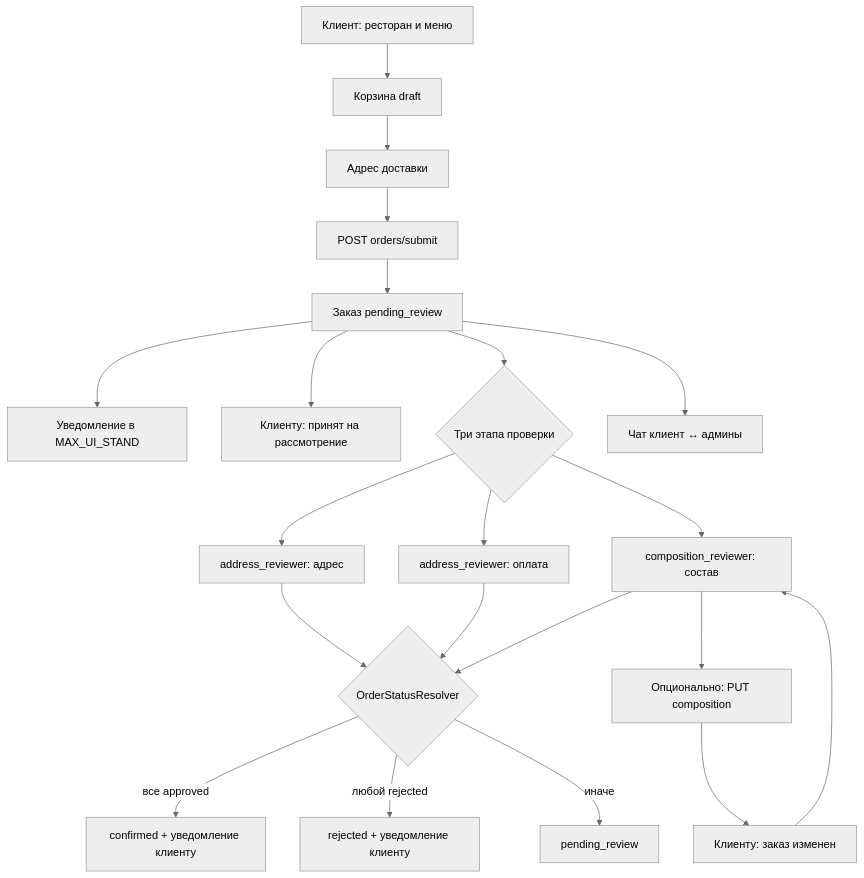
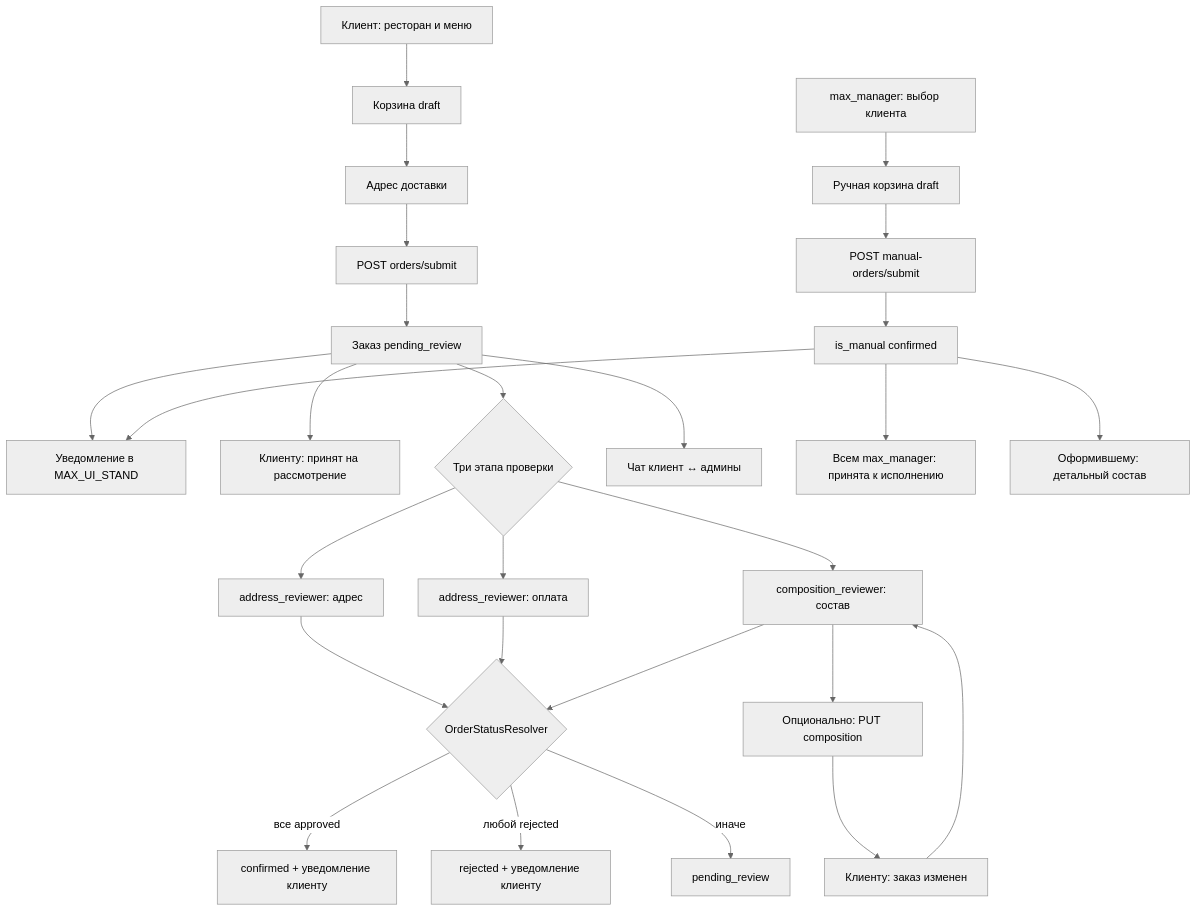
Before and after one commit to dvtikhonov/exampleProjectSail: the first of 2 diagrams in service-c/README.md, drawn with Mermaid (neutral theme). The commit also changed other lines of this file and 80 other files, not shown here.

````diff
--- a/service-c/README.md
+++ b/service-c/README.md
@@ -114,23 +118,29 @@
 ```mermaid
 flowchart TD
     A[Клиент: ресторан и меню] --> B[Корзина draft]
     B --> C[Адрес доставки]
     C --> D[POST orders/submit]
     D --> E[Заказ pending_review]
     E --> F[Уведомление в MAX_UI_STAND]
     E --> F2[Клиенту: принят на рассмотрение]
     E --> G{Три этапа проверки}
     G --> H[address_reviewer: адрес]
     G --> I[address_reviewer: оплата]
     G --> J[composition_reviewer: состав]
     J --> J2[Опционально: PUT composition]
     J2 --> J3[Клиенту: заказ изменен]
     J3 --> J
     H --> K{OrderStatusResolver}
     I --> K
     J --> K
     K -->|все approved| L[confirmed + уведомление клиенту]
     K -->|любой rejected| M[rejected + уведомление клиенту]
     K -->|иначе| N[pending_review]
     E --> O[Чат клиент ↔ админы]
+    P[max_manager: выбор клиента] --> Q[Ручная корзина draft]
+    Q --> R[POST manual-orders/submit]
+    R --> S[is_manual confirmed]
+    S --> F
+    S --> T[Всем max_manager: принята к исполнению]
+    S --> U[Оформившему: детальный состав]
 ```
````
